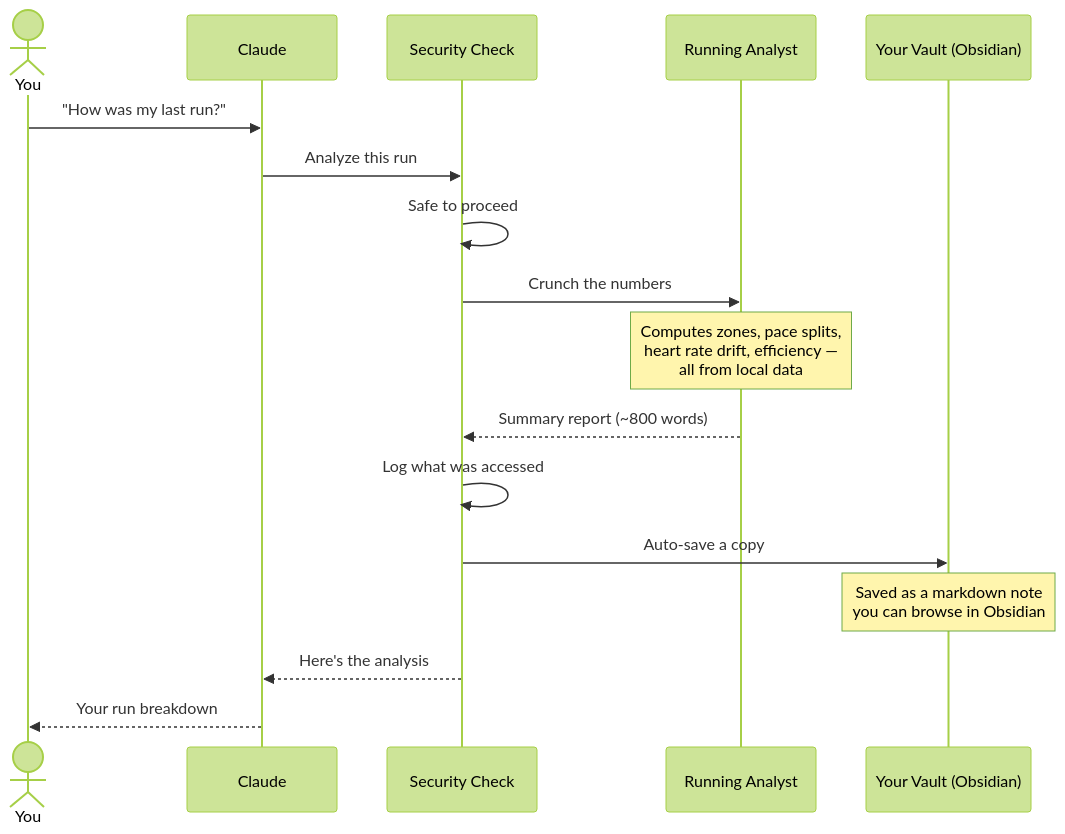
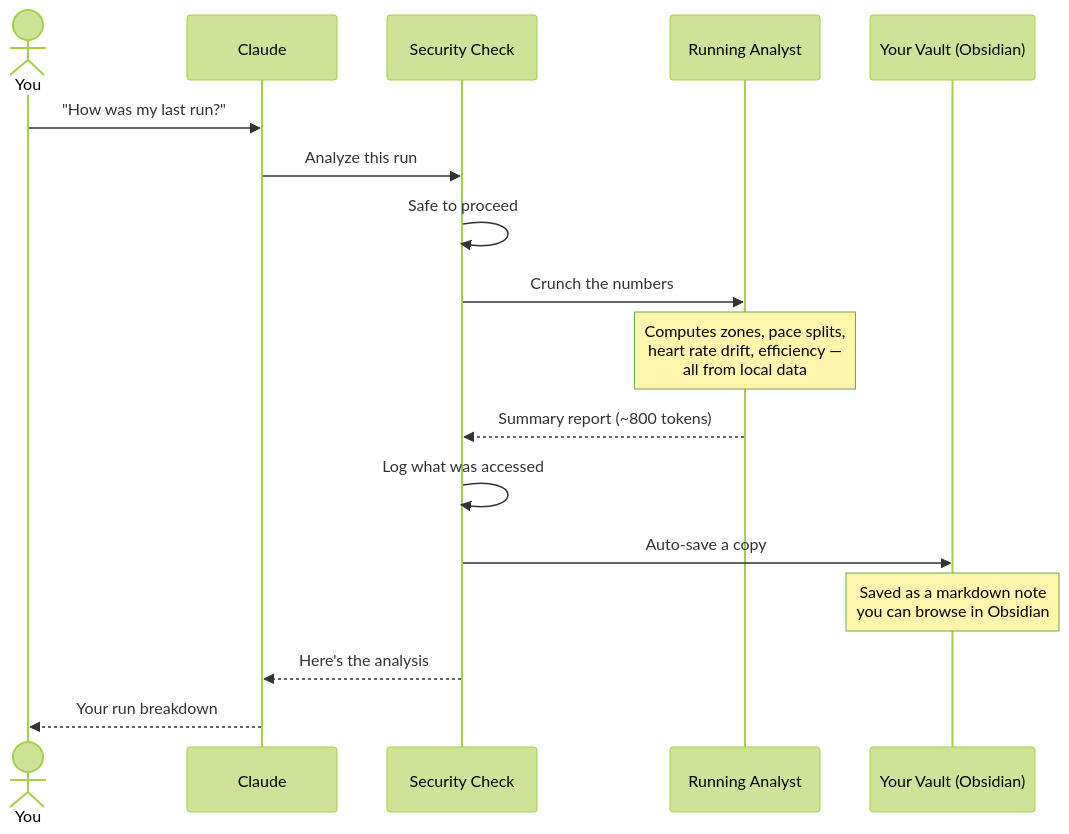
Before and after one commit to saahasmuthineni/tailor-mcp: the first of 5 diagrams in README.md, drawn with Mermaid (forest theme). The commit also changed other lines of this file and 1 other file, not shown here.

````diff
--- a/README.md
+++ b/README.md
@@ -149,20 +149,20 @@
 ```mermaid
 sequenceDiagram
     actor You
     participant Claude
     participant Security as Security Check
     participant Analyst as Running Analyst
     participant Memory as Your Vault (Obsidian)
 
     You->>Claude: "How was my last run?"
     Claude->>Security: Analyze this run
     Security->>Security: Safe to proceed
     Security->>Analyst: Crunch the numbers
     Note over Analyst: Computes zones, pace splits,<br/>heart rate drift, efficiency —<br/>all from local data
-    Analyst-->>Security: Summary report (~800 words)
+    Analyst-->>Security: Summary report (~800 tokens)
     Security->>Security: Log what was accessed
     Security->>Memory: Auto-save a copy
     Note over Memory: Saved as a markdown note<br/>you can browse in Obsidian
     Security-->>Claude: Here's the analysis
     Claude-->>You: Your run breakdown
 ```
````
